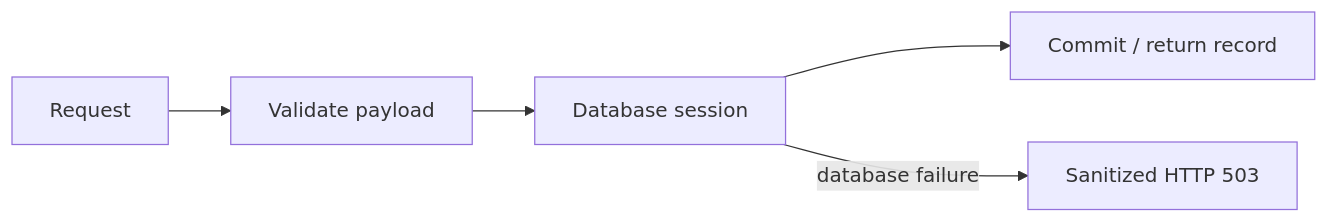
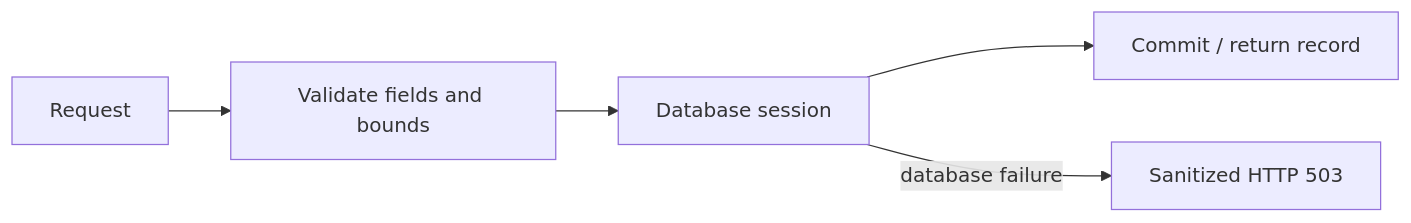
One commit to NoteLegend/devOps-TaskBoard changed the diagram in application/backend/README.md. Above: the diagram before and after it, drawn with Mermaid. The commit also changed other lines of this file and 26 other files, not shown here.

````diff
--- a/application/backend/README.md
+++ b/application/backend/README.md
@@ -29,7 +11,7 @@
 ```mermaid
 flowchart LR
-  Request --> Validate[Validate payload]
+  Request --> Validate[Validate fields and bounds]
   Validate --> Session[Database session]
-  Session --> Commit[Commit / return record]
+  Session --> Result[Commit / return record]
   Session -->|database failure| Safe[Sanitized HTTP 503]
 ```
````
